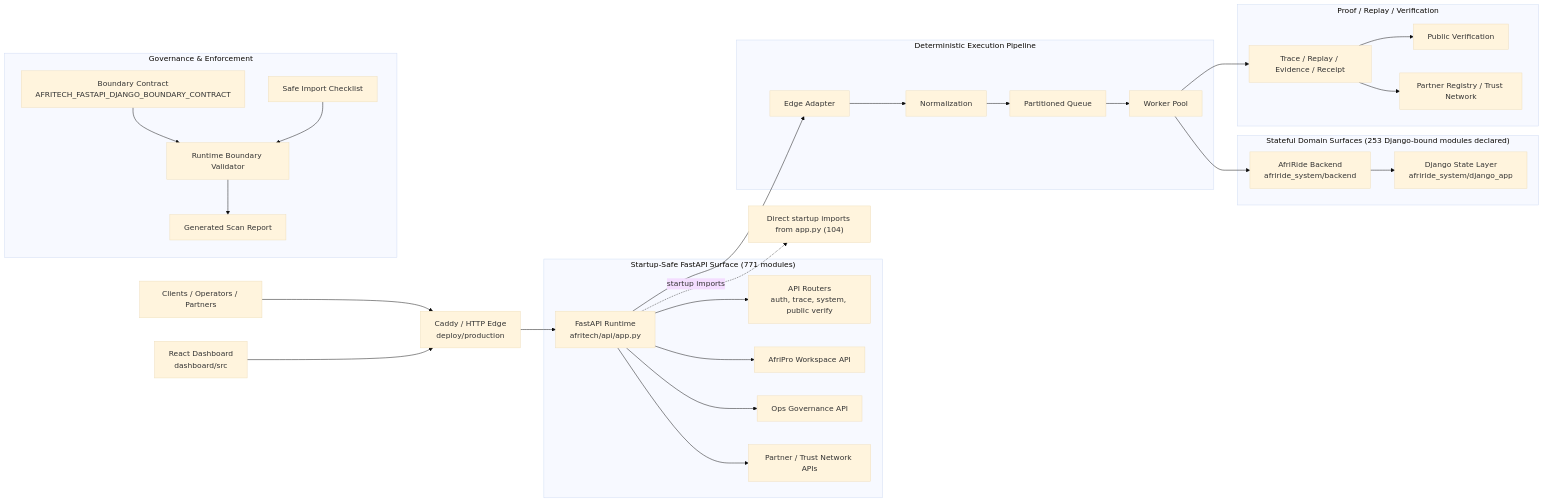
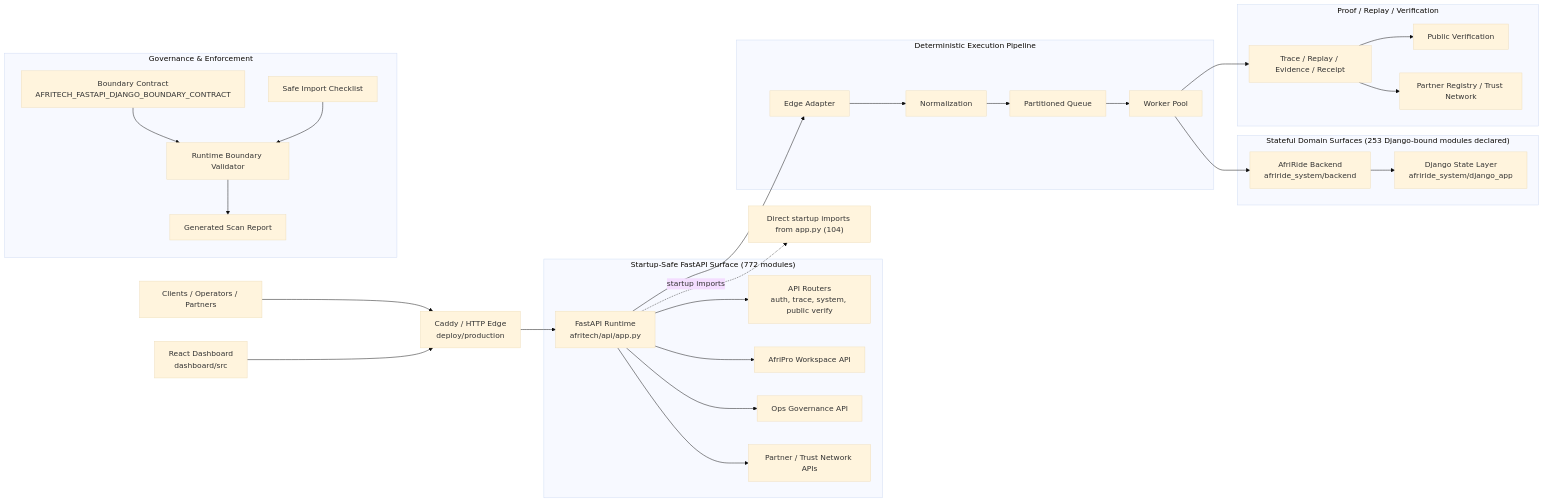
The first of 2 diagrams in docs/architecture/AFRITECH_FULL_ARCHITECTURE_GRAPH.md (Strelly2023/afritelematics), drawn with Mermaid (base theme) before and after one commit. The commit also changed other lines of this file and 6 other files, not shown here.

````diff
--- a/docs/architecture/AFRITECH_FULL_ARCHITECTURE_GRAPH.md
+++ b/docs/architecture/AFRITECH_FULL_ARCHITECTURE_GRAPH.md
@@ -22,39 +22,39 @@
 ```mermaid
 flowchart LR
     Client["Clients / Operators / Partners"] --> Edge["Caddy / HTTP Edge\ndeploy/production"]
     Dashboard["React Dashboard\ndashboard/src"] --> Edge
     Edge --> App["FastAPI Runtime\nafritech/api/app.py"]
 
-    subgraph FastAPI["Startup-Safe FastAPI Surface (771 modules)"]
+    subgraph FastAPI["Startup-Safe FastAPI Surface (772 modules)"]
         App --> Api["API Routers\nauth, trace, system, public verify"]
         App --> Workspace["AfriPro Workspace API"]
         App --> Governance["Ops Governance API"]
         App --> Trust["Partner / Trust Network APIs"]
     end
 
     subgraph Pipeline["Deterministic Execution Pipeline"]
         App --> Adapt["Edge Adapter"]
         Adapt --> Normalize["Normalization"]
         Normalize --> Queue["Partitioned Queue"]
         Queue --> Worker["Worker Pool"]
     end
 
     subgraph State["Stateful Domain Surfaces (253 Django-bound modules declared)"]
         Worker --> Domain["AfriRide Backend\nafriride_system/backend"]
         Domain --> Django["Django State Layer\nafriride_system/django_app"]
     end
 
     subgraph Proof["Proof / Replay / Verification"]
         Worker --> Trace["Trace / Replay / Evidence / Receipt"]
         Trace --> Public["Public Verification"]
         Trace --> Registry["Partner Registry / Trust Network"]
     end
 
     subgraph GovernancePlane["Governance & Enforcement"]
         Contract["Boundary Contract\nAFRITECH_FASTAPI_DJANGO_BOUNDARY_CONTRACT"] --> Validator["Runtime Boundary Validator"]
         Checklist["Safe Import Checklist"] --> Validator
         Validator --> Review["Generated Scan Report"]
     end
 
     App -. startup imports .-> Imports["Direct startup imports from app.py (104)"]
 ```
````
